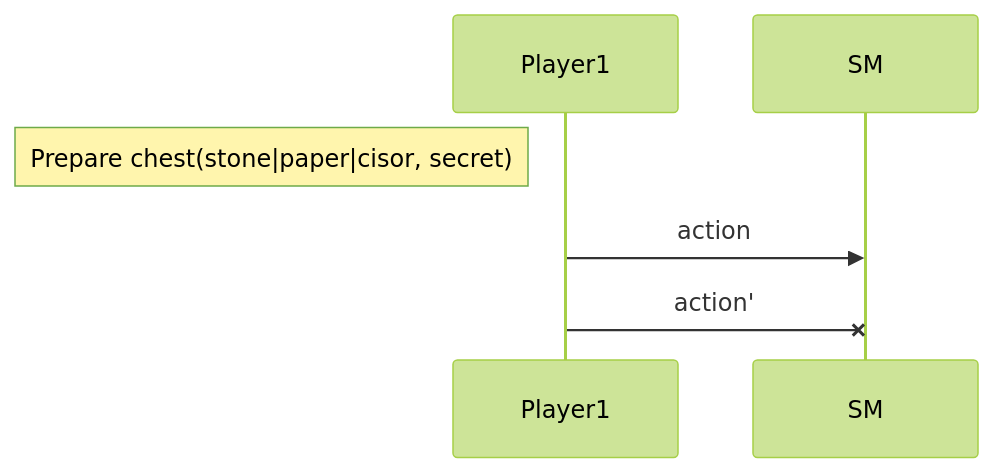
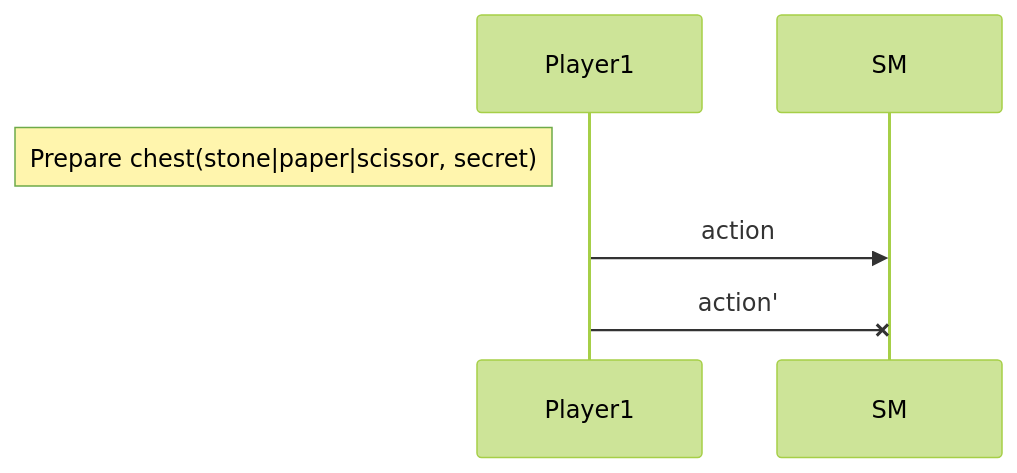
One commit to ligolang/jsligo-training-dapp-shifumi changed the second of 6 diagrams in README.md. Above: the diagram before and after it, drawn with Mermaid (forest theme). The commit also changed other lines of this file and 6 other files, not shown here.

````diff
--- a/README.md
+++ b/README.md
@@ -55,8 +55,8 @@
 ```mermaid
 sequenceDiagram
   participant Player1
   participant SM
-  Note left of Player1: Prepare chest(stone|paper|cisor, secret)
+  Note left of Player1: Prepare chest(stone|paper|scissor, secret)
   Player1->>SM: action
   Player1-xSM: action'
 ```
````
